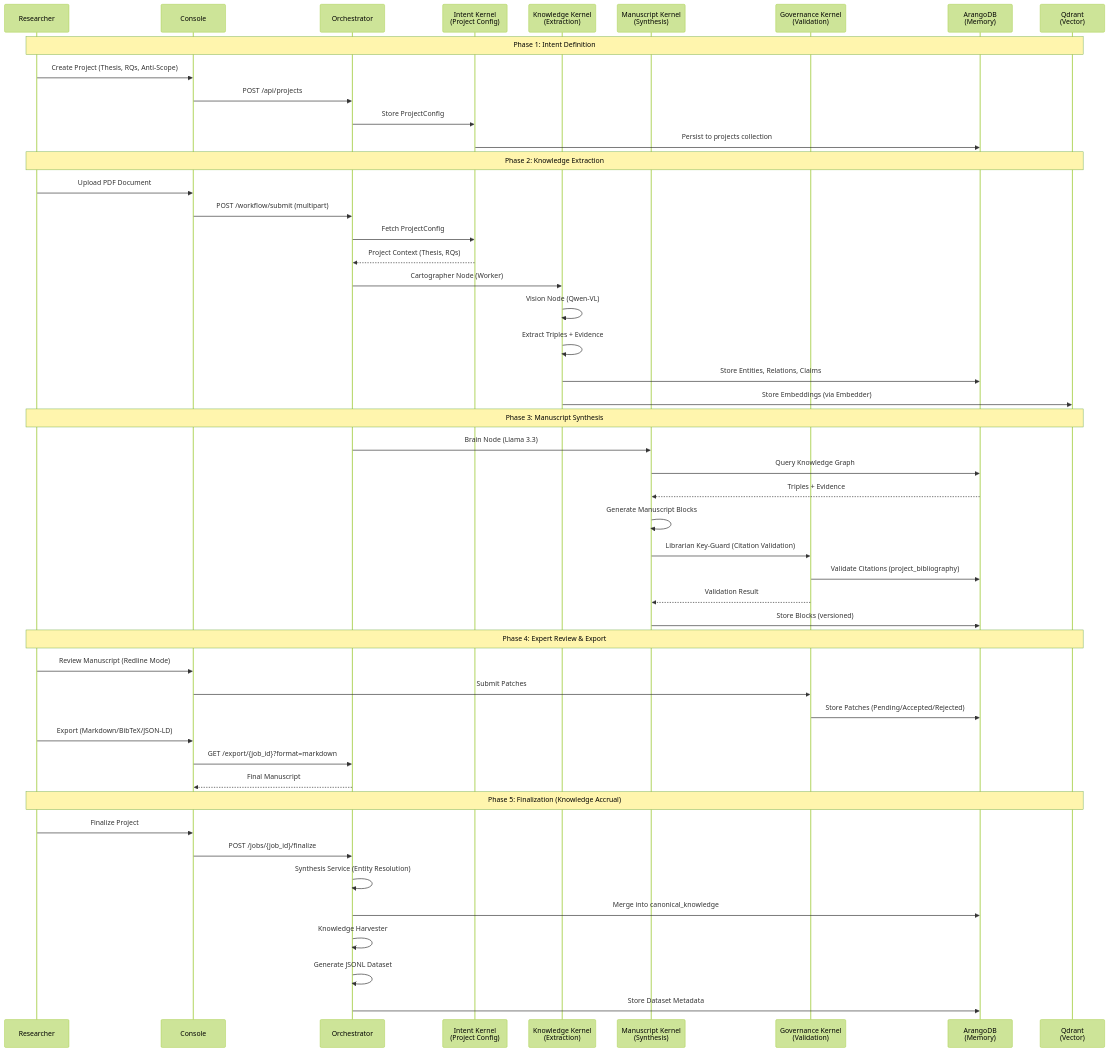
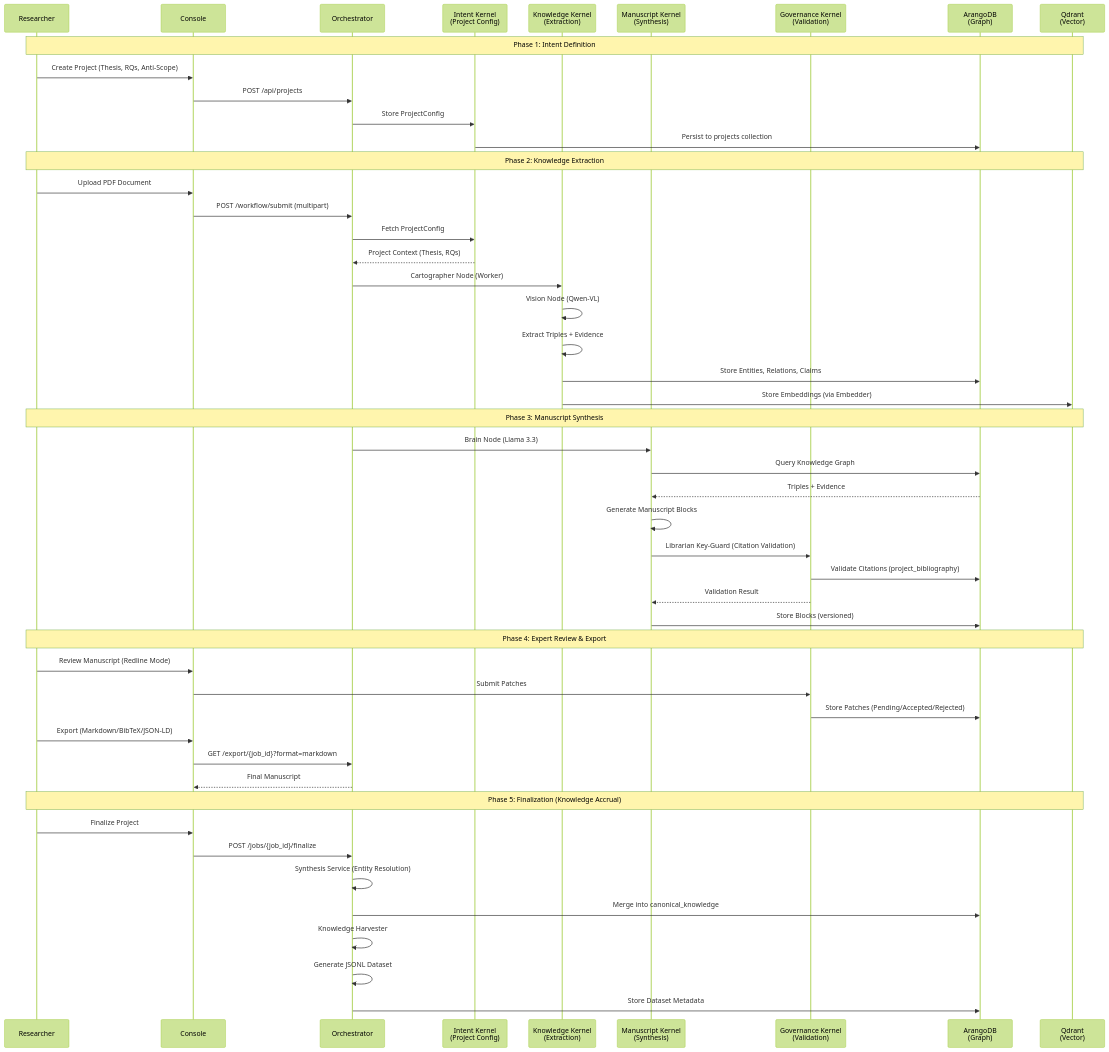
The second of 2 diagrams in docs/README.md (rakpan/project-vyasa), drawn with Mermaid (forest theme) before and after one commit. The commit also changed other lines of this file and 42 other files, not shown here.

````diff
--- a/docs/README.md
+++ b/docs/README.md
@@ -117,57 +117,57 @@
 ```mermaid
 sequenceDiagram
     participant Researcher
     participant Console
     participant Orchestrator
     participant Intent as Intent Kernel<br/>(Project Config)
     participant Knowledge as Knowledge Kernel<br/>(Extraction)
     participant Manuscript as Manuscript Kernel<br/>(Synthesis)
     participant Governance as Governance Kernel<br/>(Validation)
-    participant Memory as ArangoDB<br/>(Memory)
+    participant Graph as ArangoDB<br/>(Graph)
     participant Vector as Qdrant<br/>(Vector)
 
     Note over Researcher,Vector: Phase 1: Intent Definition
     Researcher->>Console: Create Project (Thesis, RQs, Anti-Scope)
     Console->>Orchestrator: POST /api/projects
     Orchestrator->>Intent: Store ProjectConfig
-    Intent->>Memory: Persist to projects collection
+    Intent->>Graph: Persist to projects collection
     
     Note over Researcher,Vector: Phase 2: Knowledge Extraction
     Researcher->>Console: Upload PDF Document
     Console->>Orchestrator: POST /workflow/submit (multipart)
     Orchestrator->>Intent: Fetch ProjectConfig
     Intent-->>Orchestrator: Project Context (Thesis, RQs)
     
     Orchestrator->>Knowledge: Cartographer Node (Worker)
     Knowledge->>Knowledge: Vision Node (Qwen-VL)
     Knowledge->>Knowledge: Extract Triples + Evidence
-    Knowledge->>Memory: Store Entities, Relations, Claims
+    Knowledge->>Graph: Store Entities, Relations, Claims
     Knowledge->>Vector: Store Embeddings (via Embedder)
     
     Note over Researcher,Vector: Phase 3: Manuscript Synthesis
     Orchestrator->>Manuscript: Brain Node (Llama 3.3)
-    Manuscript->>Memory: Query Knowledge Graph
-    Memory-->>Manuscript: Triples + Evidence
+    Manuscript->>Graph: Query Knowledge Graph
+    Graph-->>Manuscript: Triples + Evidence
     Manuscript->>Manuscript: Generate Manuscript Blocks
     Manuscript->>Governance: Librarian Key-Guard (Citation Validation)
-    Governance->>Memory: Validate Citations (project_bibliography)
+    Governance->>Graph: Validate Citations (project_bibliography)
     Governance-->>Manuscript: Validation Result
-    Manuscript->>Memory: Store Blocks (versioned)
+    Manuscript->>Graph: Store Blocks (versioned)
     
     Note over Researcher,Vector: Phase 4: Expert Review & Export
     Researcher->>Console: Review Manuscript (Redline Mode)
     Console->>Governance: Submit Patches
-    Governance->>Memory: Store Patches (Pending/Accepted/Rejected)
+    Governance->>Graph: Store Patches (Pending/Accepted/Rejected)
     Researcher->>Console: Export (Markdown/BibTeX/JSON-LD)
     Console->>Orchestrator: GET /export/{job_id}?format=markdown
     Orchestrator-->>Console: Final Manuscript
     
     Note over Researcher,Vector: Phase 5: Finalization (Knowledge Accrual)
     Researcher->>Console: Finalize Project
     Console->>Orchestrator: POST /jobs/{job_id}/finalize
     Orchestrator->>Orchestrator: Synthesis Service (Entity Resolution)
-    Orchestrator->>Memory: Merge into canonical_knowledge
+    Orchestrator->>Graph: Merge into canonical_knowledge
     Orchestrator->>Orchestrator: Knowledge Harvester
     Orchestrator->>Orchestrator: Generate JSONL Dataset
-    Orchestrator->>Memory: Store Dataset Metadata
+    Orchestrator->>Graph: Store Dataset Metadata
 ```
````
